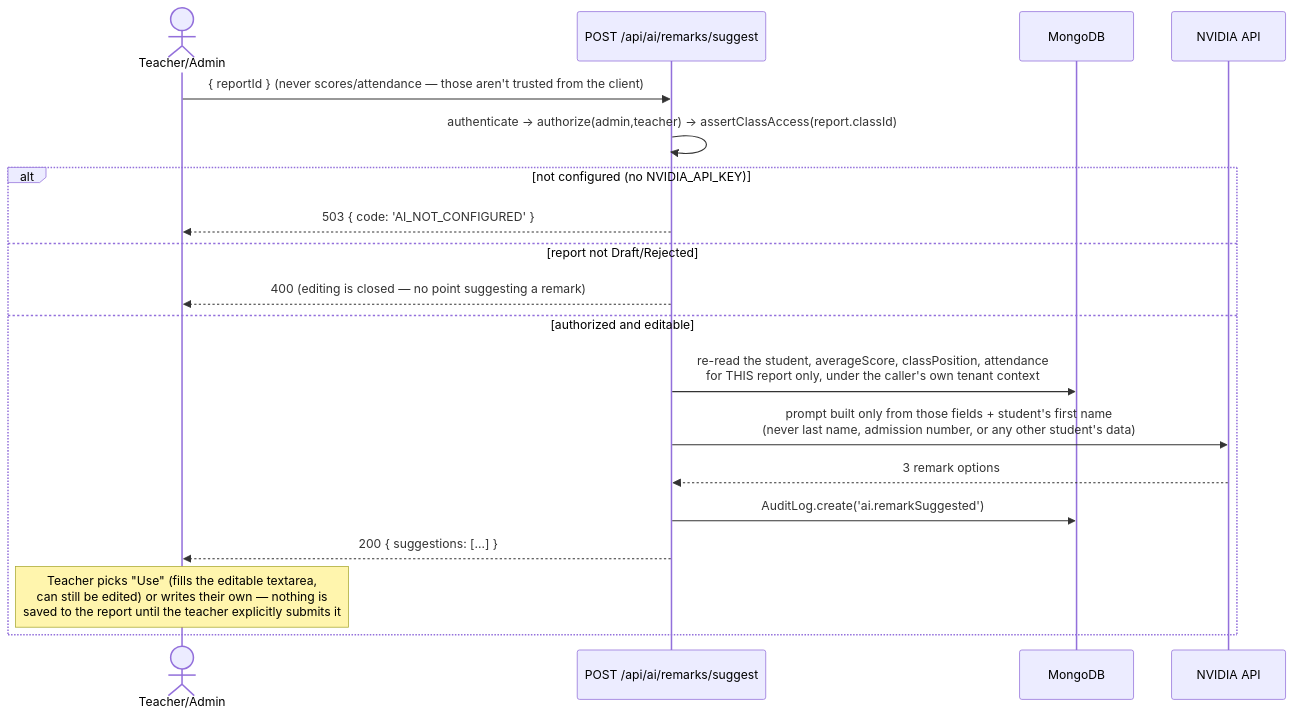
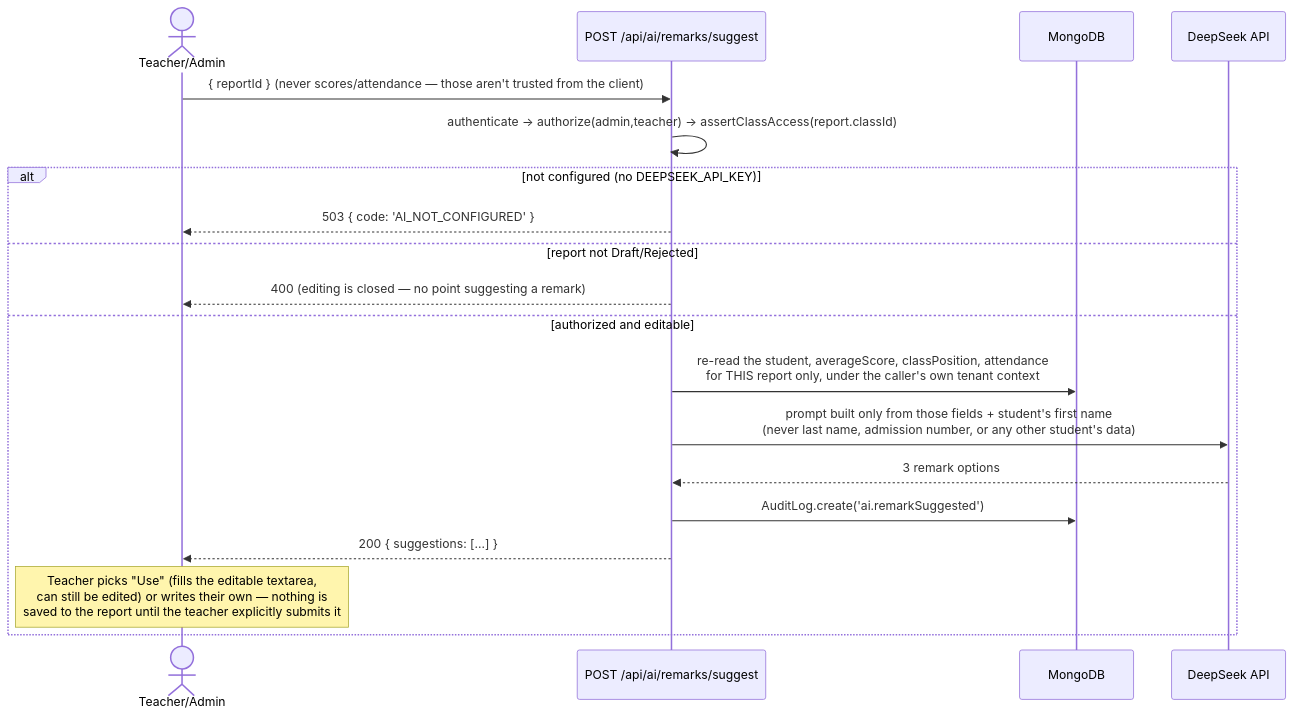
Before and after one commit to JuvelynSackey/school-management-system: diagram 19 of 26 in ARCHITECTURE.md, drawn with Mermaid. The commit also changed other lines of this file and 8 other files, not shown here.

First line of the commit message:
refactor(ai): swap NVIDIA Build for DeepSeek's own API (deepseek-v4-flash)

````diff
--- a/ARCHITECTURE.md
+++ b/ARCHITECTURE.md
@@ -593,22 +593,22 @@
 ```mermaid
 sequenceDiagram
     actor T as Teacher/Admin
     participant API as POST /api/ai/remarks/suggest
     participant DB as MongoDB
-    participant AI as NVIDIA API
+    participant AI as DeepSeek API
 
     T->>API: { reportId }  (never scores/attendance — those aren't trusted from the client)
     API->>API: authenticate -> authorize(admin,teacher) -> assertClassAccess(report.classId)
-    alt not configured (no NVIDIA_API_KEY)
+    alt not configured (no DEEPSEEK_API_KEY)
         API-->>T: 503 { code: 'AI_NOT_CONFIGURED' }
     else report not Draft/Rejected
         API-->>T: 400 (editing is closed — no point suggesting a remark)
     else authorized and editable
         API->>DB: re-read the student, averageScore, classPosition, attendance<br/>for THIS report only, under the caller's own tenant context
         API->>AI: prompt built only from those fields + student's first name<br/>(never last name, admission number, or any other student's data)
         AI-->>API: 3 remark options
         API->>DB: AuditLog.create('ai.remarkSuggested')
         API-->>T: 200 { suggestions: [...] }
         Note over T: Teacher picks "Use" (fills the editable textarea,<br/>can still be edited) or writes their own — nothing is<br/>saved to the report until the teacher explicitly submits it
     end
 ```
````
